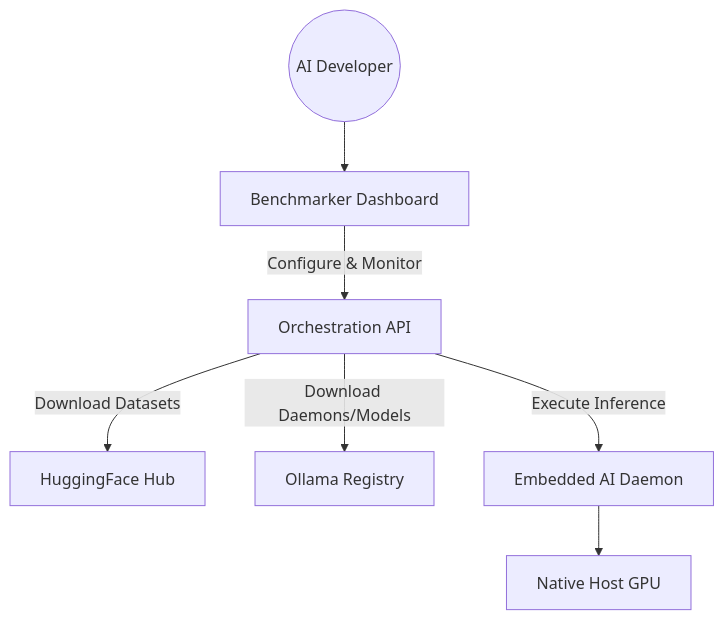
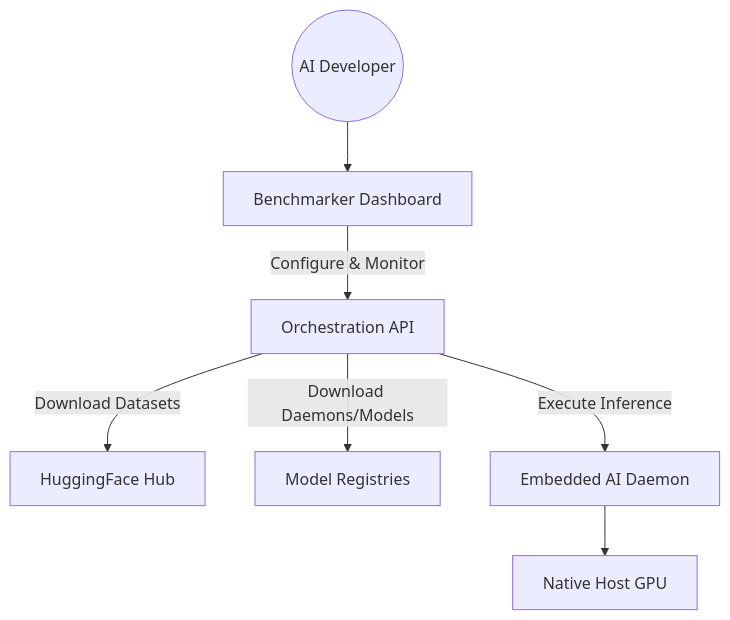
Before and after one commit to peterVG/benchmarker: the first of 5 diagrams in docs/architecture.md, drawn with Mermaid. The commit also changed other lines of this file and 2 other files, not shown here.

Commit message:
feat: add runner_type to database model and update architecture docs

````diff
--- a/docs/architecture.md
+++ b/docs/architecture.md
@@ -31,9 +31,9 @@
 ```mermaid
 graph TB
     User((AI Developer)) --> Front[Benchmarker Dashboard]
     Front -->|Configure & Monitor| Back[Orchestration API]
     Back -->|Download Datasets| HF[HuggingFace Hub]
-    Back -->|Download Daemons/Models| OllamaRegistry[Ollama Registry]
+    Back -->|Download Daemons/Models| ModelRegistries[Model Registries]
     Back -->|Execute Inference| ExecDaemon[Embedded AI Daemon]
     ExecDaemon --> GPU[Native Host GPU]
 ```
````
